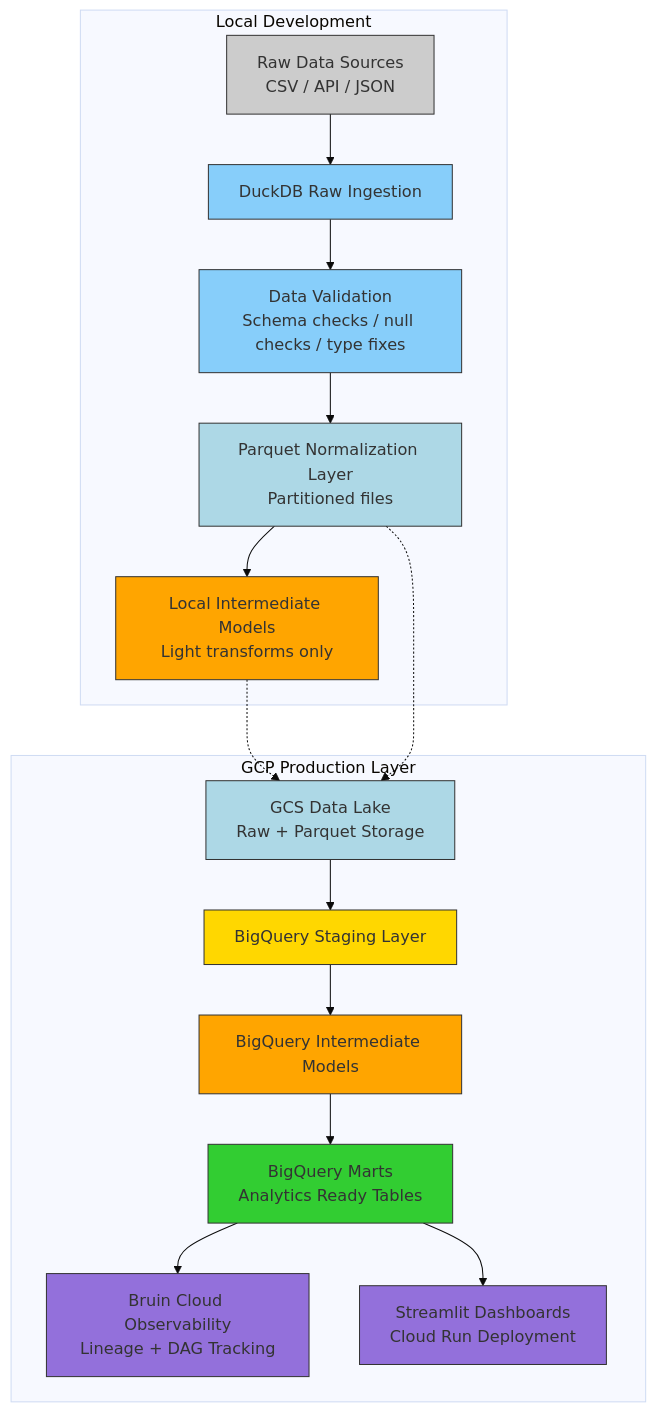
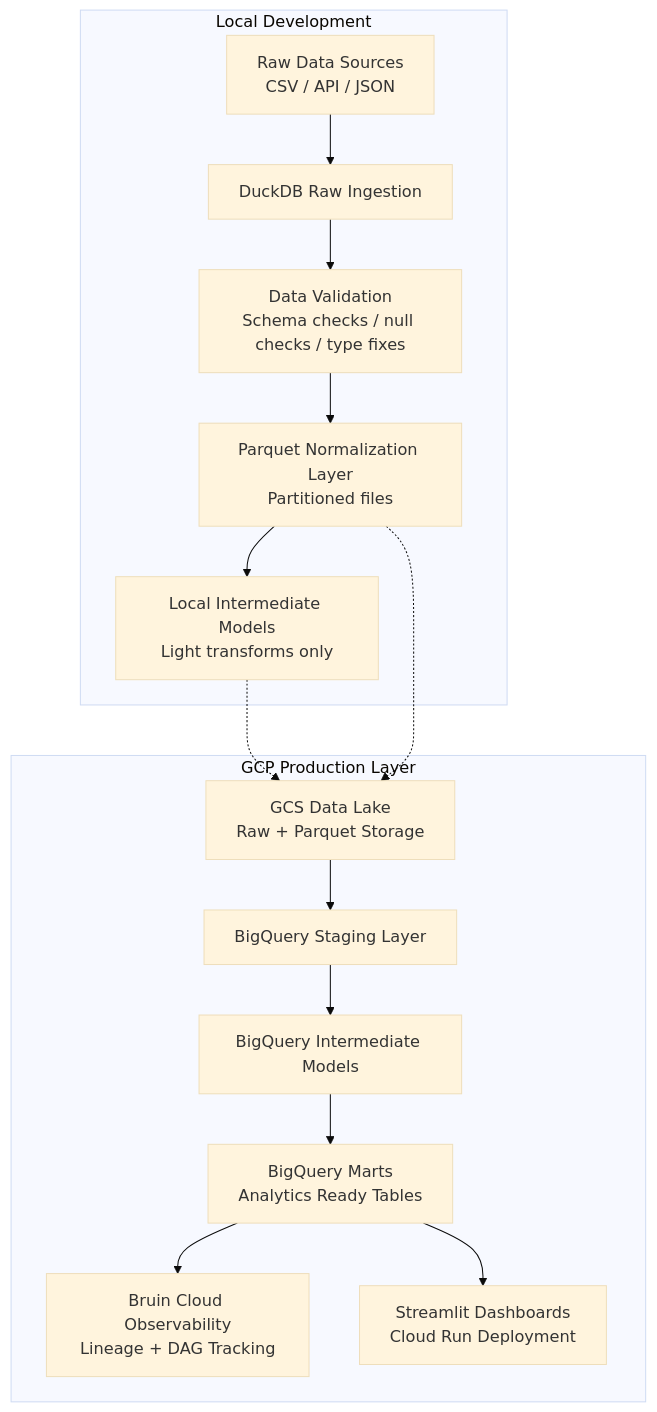
The first of 4 diagrams in README.md (Sanjomwa/Civil-Liberties-Intelligence-Observatory), drawn with Mermaid (base theme) before and after one commit. The commit also changed other lines of this file, not shown here.

Commit message:
Refactor mermaid diagram syntax in README.md

````diff
--- a/README.md
+++ b/README.md
@@ -106,32 +107,20 @@
 ```mermaid
 flowchart TB
-    %% Local Development
-    subgraph LocalDev["Local Development"]
-        RawSrc[Raw Data Sources\nCSV / API / JSON]:::raw --> DuckDBIng[DuckDB Raw Ingestion]:::process
-        DuckDBIng --> Validation[Data Validation\nSchema checks / null checks / type fixes]:::process
-        Validation --> ParquetNorm[Parquet Normalization Layer\nPartitioned files]:::storage
-        ParquetNorm --> LocalModels[Local Intermediate Models\nLight transforms only]:::intermediate
-    end
+subgraph LocalDev["Local Development"]
+RawSrc[Raw Data Sources\nCSV / API / JSON] --> DuckDBIng[DuckDB Raw Ingestion]
+DuckDBIng --> Validation[Data Validation\nSchema checks / null checks / type fixes]
+Validation --> ParquetNorm[Parquet Normalization Layer\nPartitioned files]
+ParquetNorm --> LocalModels[Local Intermediate Models\nLight transforms only]
+end
 
-    %% GCP Production
-    subgraph GCPProd["GCP Production Layer"]
-        GCS[GCS Data Lake\nRaw + Parquet Storage]:::storage --> BQStaging[BigQuery Staging Layer]:::staging
-        BQStaging --> BQIntermediate[BigQuery Intermediate Models]:::intermediate
-        BQIntermediate --> BQMarts[BigQuery Marts\nAnalytics Ready Tables]:::mart
-        BQMarts --> BruinObs[Bruin Cloud Observability\nLineage + DAG Tracking]:::output
-        BQMarts --> Streamlit[Streamlit Dashboards\nCloud Run Deployment]:::output
-    end
+subgraph GCPProd["GCP Production Layer"]
+GCS[GCS Data Lake\nRaw + Parquet Storage] --> BQStaging[BigQuery Staging Layer]
+BQStaging --> BQIntermediate[BigQuery Intermediate Models]
+BQIntermediate --> BQMarts[BigQuery Marts\nAnalytics Ready Tables]
+BQMarts --> BruinObs[Bruin Cloud Observability\nLineage + DAG Tracking]
+BQMarts --> Streamlit[Streamlit Dashboards\nCloud Run Deployment]
+end
 
-    %% Cross-link
-    LocalModels -.-> GCS
-    ParquetNorm -.-> GCS
-
-    %% Styles
-    classDef raw fill:#ccc,stroke:#333;
-    classDef process fill:#87CEFA,stroke:#333;
-    classDef storage fill:#ADD8E6,stroke:#333;
-    classDef staging fill:#FFD700,stroke:#333;
-    classDef intermediate fill:#FFA500,stroke:#333;
-    classDef mart fill:#32CD32,stroke:#333;
-    classDef output fill:#9370DB,stroke:#333;
+LocalModels -.-> GCS
+ParquetNorm -.-> GCS
 ```
````
